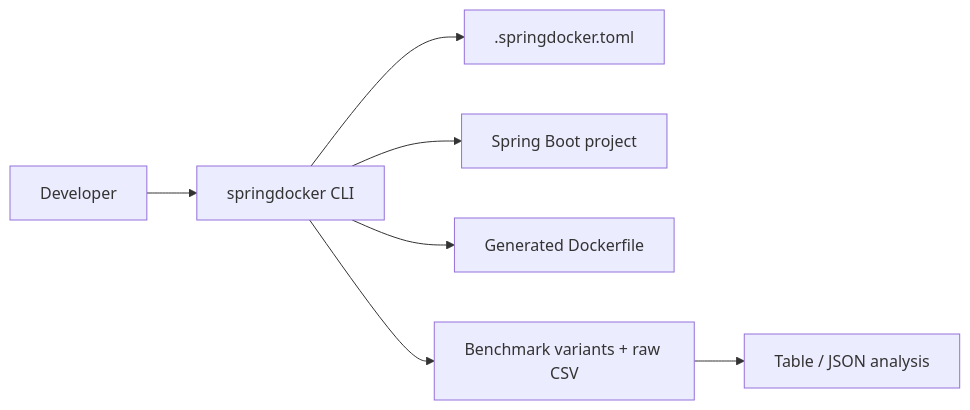
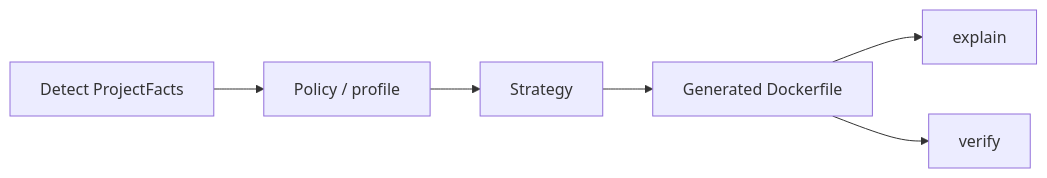
The diagram in README.md (mnafshin/dockly), drawn with Mermaid before and after one commit. The commit also changed other lines of this file and 3 other files, not shown here.

````diff
--- a/README.md
+++ b/README.md
@@ -121,9 +128,8 @@
 ```mermaid
 flowchart LR
-  dev[Developer] --> cli[springdocker CLI]
-  cli --> cfg[.springdocker.toml]
-  cli --> proj[Spring Boot project]
-  cli --> df[Generated Dockerfile]
-  cli --> bench[Benchmark variants + raw CSV]
-  bench --> report[Table / JSON analysis]
+  det[Detect ProjectFacts] --> pol[Policy / profile]
+  pol --> strat[Strategy]
+  strat --> gen[Generated Dockerfile]
+  gen --> explain[explain]
+  gen --> verify[verify]
 ```
````
